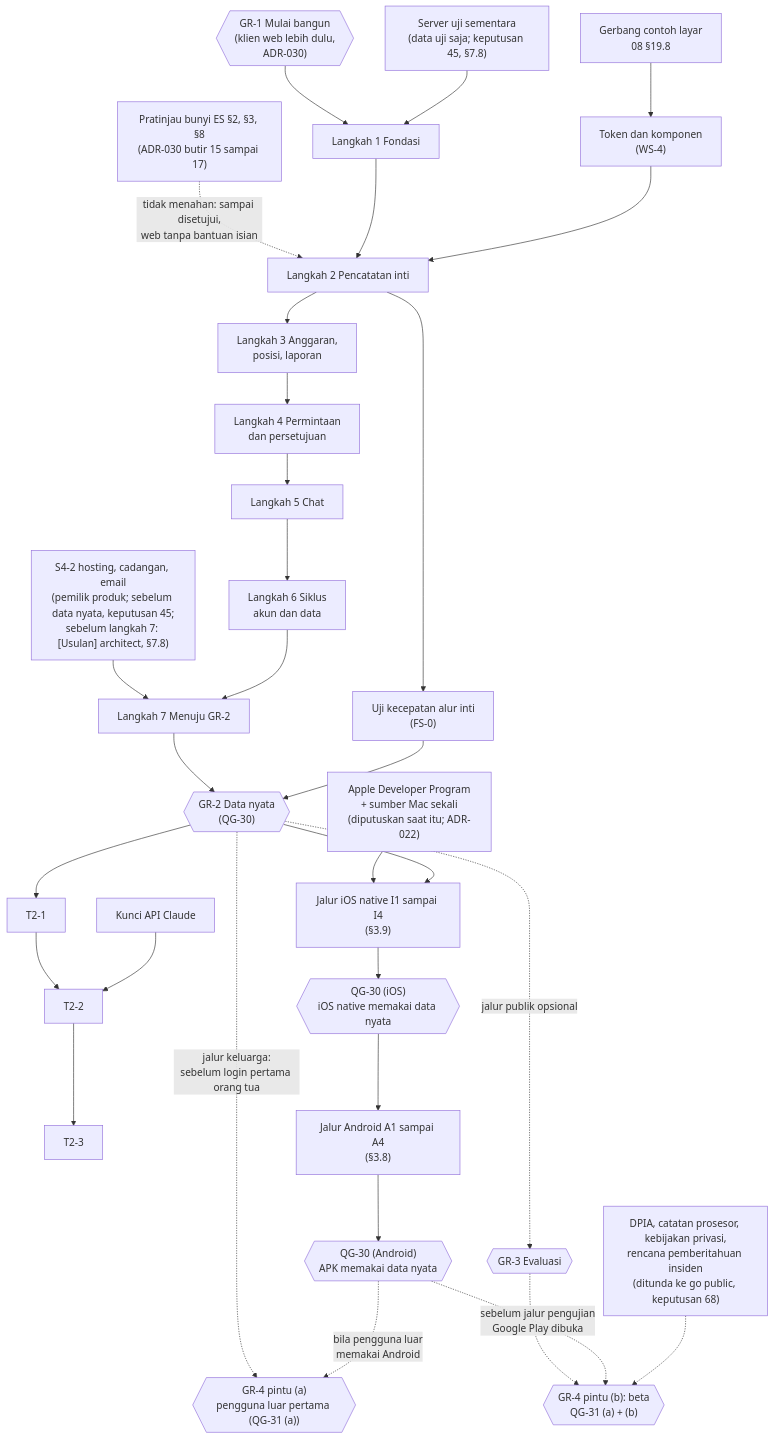
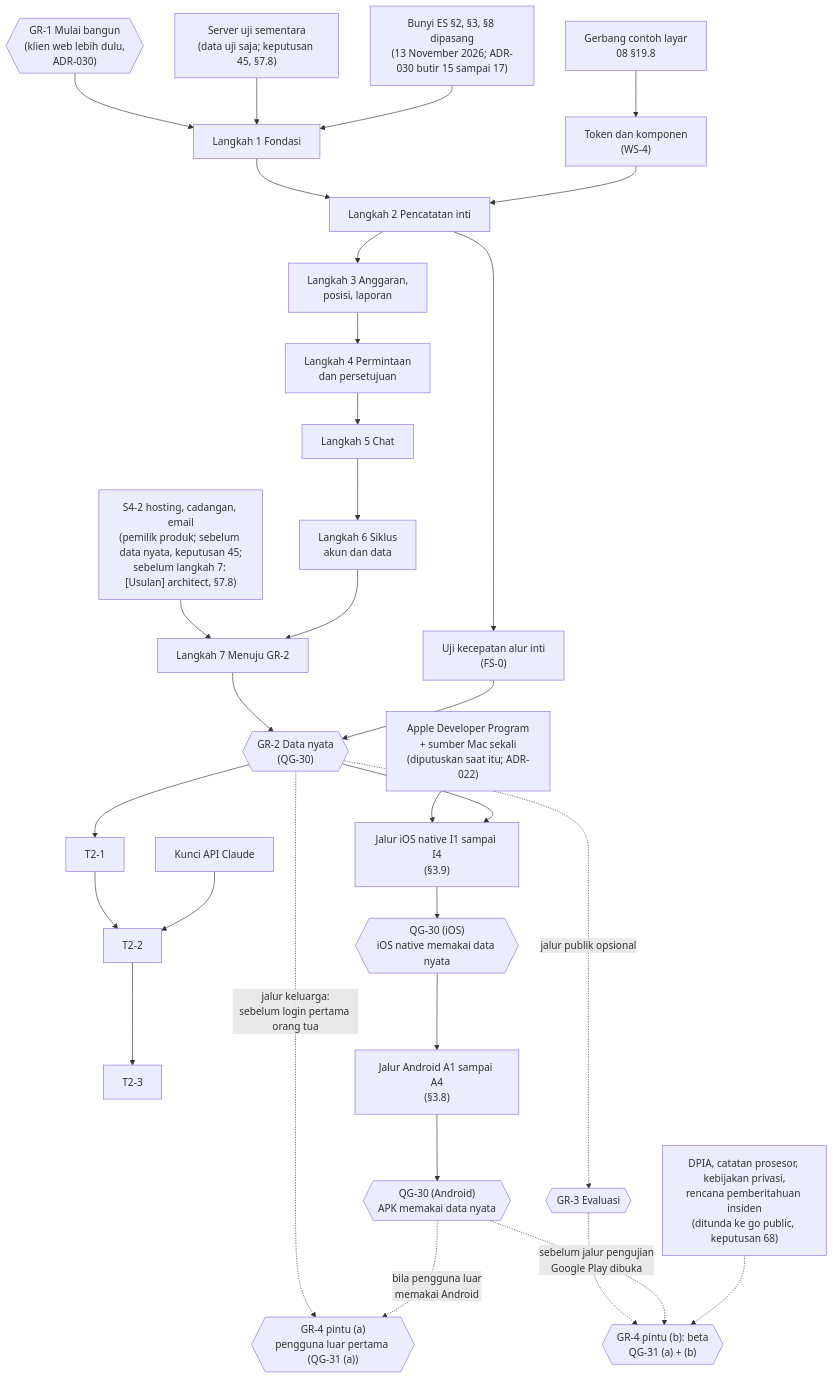
The diagram in docs/14-engineering-roadmap.md (abiyanzimran/casa), drawn with Mermaid before and after one commit. The commit also changed other lines of this file and 12 other files, not shown here.

````diff
--- a/docs/14-engineering-roadmap.md
+++ b/docs/14-engineering-roadmap.md
@@ -233,31 +233,31 @@
 ```mermaid
 flowchart TB
     GR1{{"GR-1 Mulai bangun<br/>(klien web lebih dulu,<br/>ADR-030)"}} --> L1["Langkah 1 Fondasi"]
     TMP["Server uji sementara<br/>(data uji saja; keputusan 45, §7.8)"] --> L1
-    ESP["Pratinjau bunyi ES §2, §3, §8<br/>(ADR-030 butir 15 sampai 17)"] -.->|"tidak menahan: sampai disetujui,<br/>web tanpa bantuan isian"| L2
+    ESP["Bunyi ES §2, §3, §8 dipasang<br/>(13 November 2026; ADR-030 butir 15 sampai 17)"] --> L1
     S42["S4-2 hosting, cadangan, email<br/>(pemilik produk; sebelum data nyata, keputusan 45;<br/>sebelum langkah 7: [Usulan] architect, §7.8)"] --> L7
     GATE["Gerbang contoh layar<br/>08 §19.8"] --> TOK["Token dan komponen<br/>(WS-4)"]
     L1 --> L2["Langkah 2 Pencatatan inti"]
     TOK --> L2
     L2 --> FS0["Uji kecepatan alur inti<br/>(FS-0)"]
     L2 --> L3["Langkah 3 Anggaran,<br/>posisi, laporan"]
     L3 --> L4["Langkah 4 Permintaan<br/>dan persetujuan"]
     L4 --> L5["Langkah 5 Chat"]
     L5 --> L6["Langkah 6 Siklus<br/>akun dan data"]
     L6 --> L7["Langkah 7 Menuju GR-2"]
     L7 --> GR2{{"GR-2 Data nyata<br/>(QG-30)"}}
     FS0 --> GR2
     GR2 --> W1["T2-1"] --> W2["T2-2"] --> W3["T2-3"]
     KEY["Kunci API Claude"] --> W2
     APL["Apple Developer Program<br/>+ sumber Mac sekali<br/>(diputuskan saat itu; ADR-022)"] --> IOS
     GR2 --> IOS["Jalur iOS native I1 sampai I4<br/>(§3.9)"]
     IOS --> QGI{{"QG-30 (iOS)<br/>iOS native memakai data nyata"}}
     QGI --> AND["Jalur Android A1 sampai A4<br/>(§3.8)"]
     AND --> QGA{{"QG-30 (Android)<br/>APK memakai data nyata"}}
     GR2 -.->|"jalur keluarga:<br/>sebelum login pertama orang tua"| GR4A{{"GR-4 pintu (a)<br/>pengguna luar pertama (QG-31 (a))"}}
     QGA -.->|"bila pengguna luar<br/>memakai Android"| GR4A
     GR2 -.->|"jalur publik opsional"| GR3{{"GR-3 Evaluasi"}}
     GR3 -.-> GR4B{{"GR-4 pintu (b): beta<br/>QG-31 (a) + (b)"}}
     QGA -.->|"sebelum jalur pengujian<br/>Google Play dibuka"| GR4B
     DOC["DPIA, catatan prosesor, kebijakan privasi,<br/>rencana pemberitahuan insiden<br/>(ditunda ke go public, keputusan 68)"] -.-> GR4B
 ```
````
